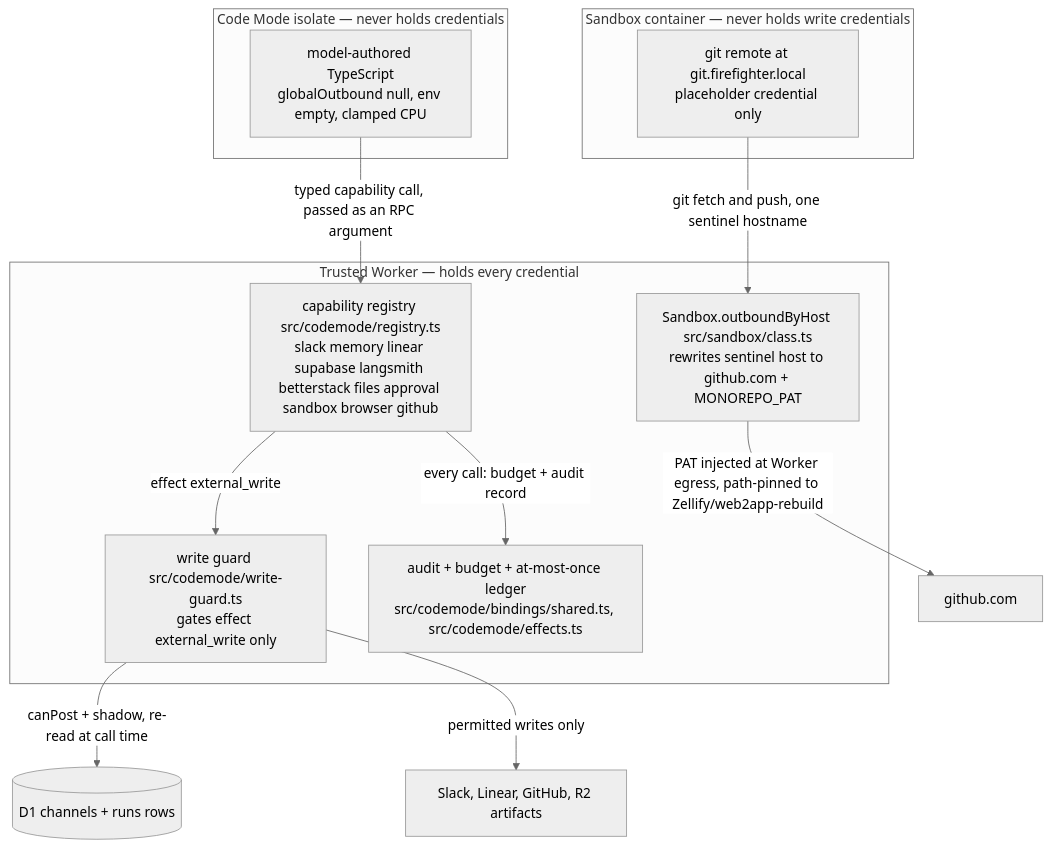
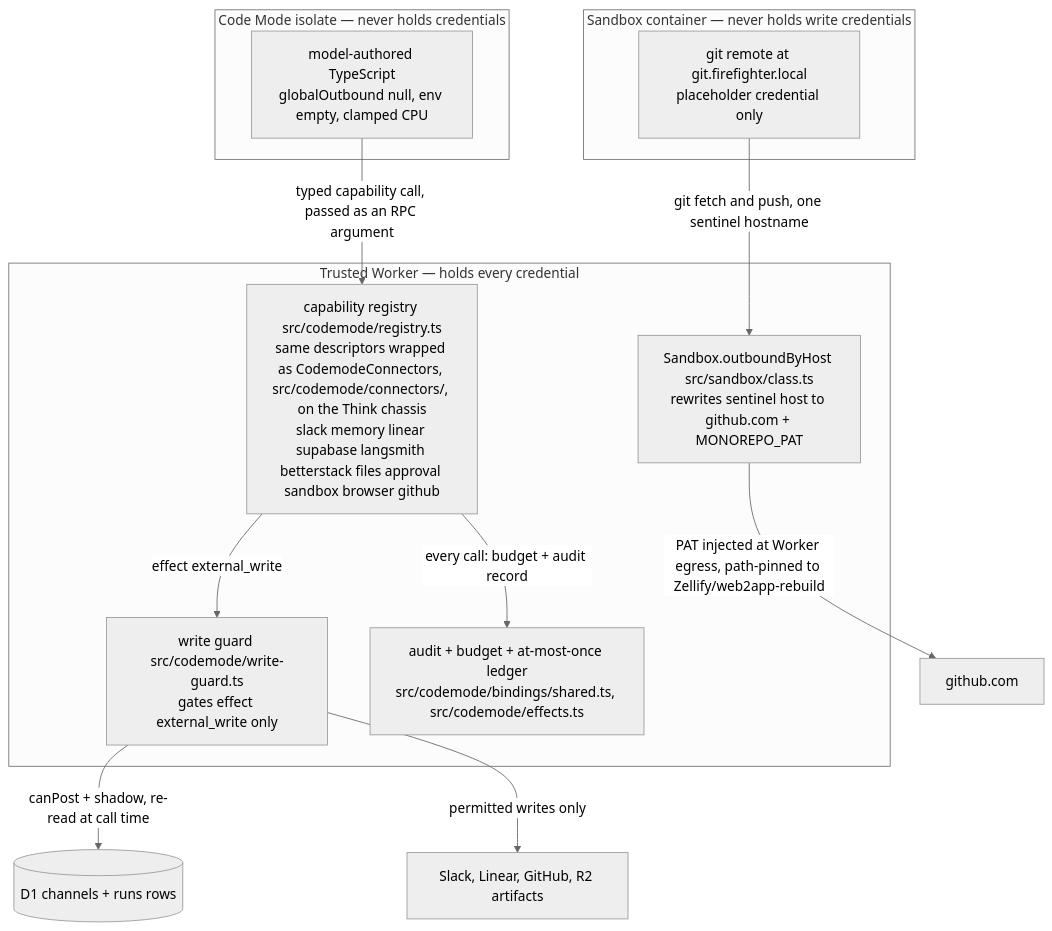
One commit to sayandedotcom/ai-slack-bot changed the third of 3 diagrams in README.md. Above: the diagram before and after it, drawn with Mermaid (neutral theme). The commit also changed other lines of this file, not shown here.

````diff
--- a/README.md
+++ b/README.md
@@ -120,22 +184,22 @@
 ```mermaid
 flowchart TB
   subgraph WORKER["Trusted Worker — holds every credential"]
-    REG["capability registry src/codemode/registry.ts<br/>slack memory linear supabase langsmith betterstack files approval sandbox browser github"]
+    REG["capability registry src/codemode/registry.ts<br/>same descriptors wrapped as CodemodeConnectors, src/codemode/connectors/, on the Think chassis<br/>slack memory linear supabase langsmith betterstack files approval sandbox browser github"]
     GUARD["write guard src/codemode/write-guard.ts<br/>gates effect external_write only"]
     LEDGER["audit + budget + at-most-once ledger<br/>src/codemode/bindings/shared.ts, src/codemode/effects.ts"]
     SWAP["Sandbox.outboundByHost src/sandbox/class.ts<br/>rewrites sentinel host to github.com + MONOREPO_PAT"]
   end
   subgraph ISO["Code Mode isolate — never holds credentials"]
     CODE["model-authored TypeScript<br/>globalOutbound null, env empty, clamped CPU"]
   end
   subgraph BOX["Sandbox container — never holds write credentials"]
     GIT["git remote at git.firefighter.local<br/>placeholder credential only"]
   end
   CODE -->|"typed capability call, passed as an RPC argument"| REG
   REG -->|"every call: budget + audit record"| LEDGER
   REG -->|"effect external_write"| GUARD
   GUARD -->|"canPost + shadow, re-read at call time"| D1[("D1 channels + runs rows")]
   GUARD -->|"permitted writes only"| VENDORS["Slack, Linear, GitHub, R2 artifacts"]
   GIT -->|"git fetch and push, one sentinel hostname"| SWAP
   SWAP -->|"PAT injected at Worker egress, path-pinned to Zellify/web2app-rebuild"| GH["github.com"]
 ```
````
